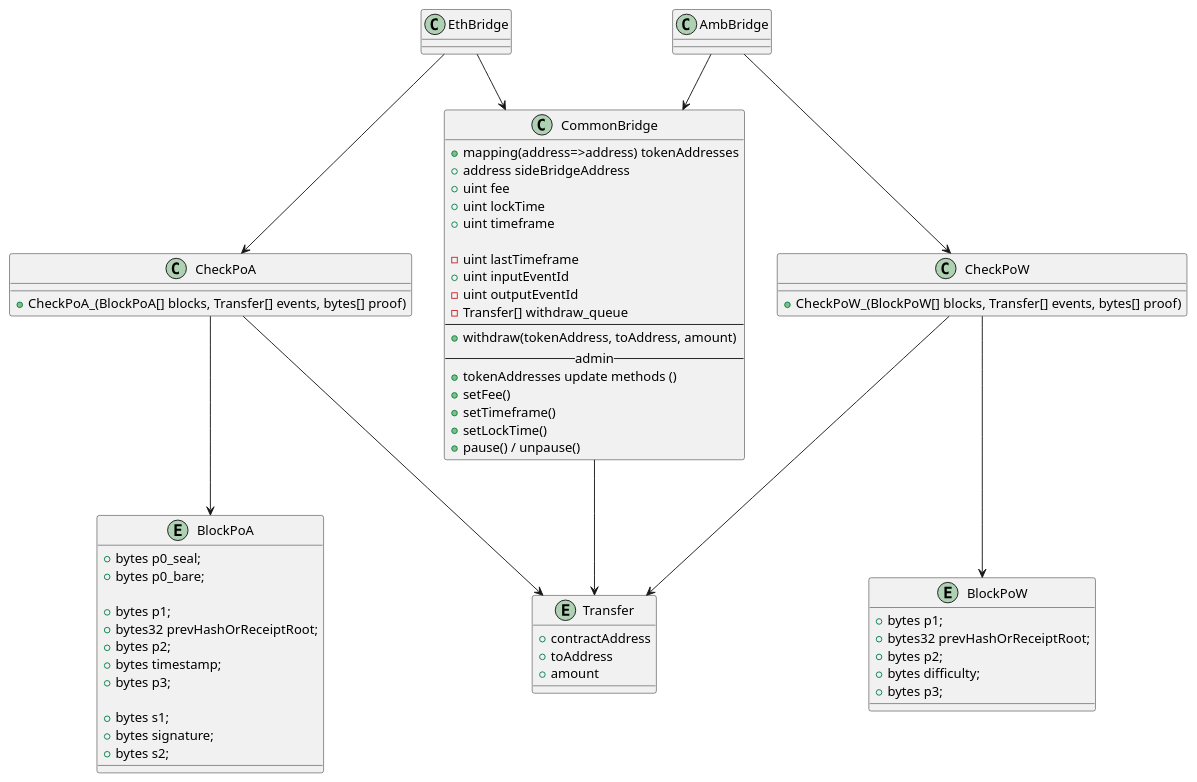
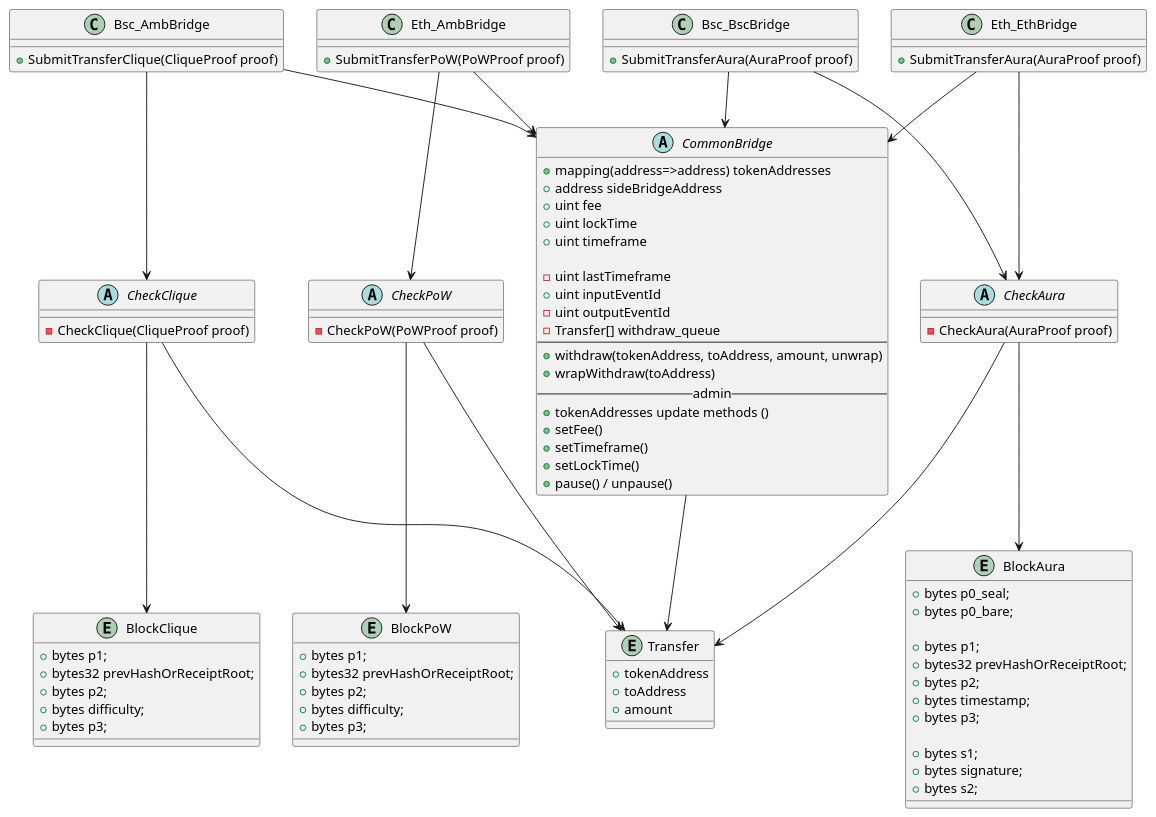
The diagram in docs/classes.puml (ambrosus/ambrosus-bridge), drawn with PlantUML before and after one commit. The commit also changed 4 other files, not shown here.

```diff
--- a/docs/classes.puml
+++ b/docs/classes.puml
@@ -1,88 +1,118 @@
 @startuml
 
 
-class EthBridge {
 
+class Bsc_AmbBridge {
+    +SubmitTransferClique(CliqueProof proof)
 }
-class AmbBridge {
+class Bsc_BscBridge {
+    +SubmitTransferAura(AuraProof proof)
+}
 
+class Eth_AmbBridge {
+    +SubmitTransferPoW(PoWProof proof)
+}
+class Eth_EthBridge {
+    +SubmitTransferAura(AuraProof proof)
 }
 
 
-class CheckPoW {
-    +CheckPoW_(BlockPoW[] blocks, Transfer[] events, bytes[] proof)
+abstract class CheckPoW {
+    -CheckPoW(PoWProof proof)
 }
 
-class CheckPoA {
-    +CheckPoA_(BlockPoA[] blocks, Transfer[] events, bytes[] proof)
+abstract class CheckAura {
+    -CheckAura(AuraProof proof)
+}
+
+abstract class CheckClique {
+    -CheckClique(CliqueProof proof)
 }
 
 
 entity BlockPoW {
     +bytes p1;
     +bytes32 prevHashOrReceiptRoot;
     +bytes p2;
     +bytes difficulty;
     +bytes p3;
 }
 
-entity BlockPoA {
+entity BlockClique {
+    +bytes p1;
+    +bytes32 prevHashOrReceiptRoot;
+    +bytes p2;
+    +bytes difficulty;
+    +bytes p3;
+}
+
+entity BlockAura {
     +bytes p0_seal;
     +bytes p0_bare;
 
     +bytes p1;
     +bytes32 prevHashOrReceiptRoot;
     +bytes p2;
     +bytes timestamp;
     +bytes p3;
 
     +bytes s1;
     +bytes signature;
     +bytes s2;
 }
 
 
 
-class CommonBridge {
+abstract class CommonBridge {
     +mapping(address=>address) tokenAddresses
     +address sideBridgeAddress
     +uint fee
     +uint lockTime
     +uint timeframe
 
     -uint lastTimeframe
     +uint inputEventId
     -uint outputEventId
     -Transfer[] withdraw_queue
     --
-    +withdraw(tokenAddress, toAddress, amount)
+    +withdraw(tokenAddress, toAddress, amount, unwrap)
+    +wrapWithdraw(toAddress)
     --admin--
     +tokenAddresses update methods ()
     +setFee()
     +setTimeframe()
     +setLockTime()
     +pause() / unpause()
 }
 
 
 entity Transfer {
-    +contractAddress
+    +tokenAddress
     +toAddress
     +amount
 }
 
 
-AmbBridge --> CheckPoW
-EthBridge --> CheckPoA
+Eth_AmbBridge --> CheckPoW
+Eth_EthBridge --> CheckAura
+
+Bsc_BscBridge --> CheckAura
+Bsc_AmbBridge --> CheckClique
 
 CheckPoW --> BlockPoW
-CheckPoA --> BlockPoA
+CheckClique --> BlockClique
+CheckAura --> BlockAura
+
 CheckPoW --> Transfer
-CheckPoA --> Transfer
+CheckClique --> Transfer
+CheckAura --> Transfer
 
-AmbBridge --> CommonBridge
-EthBridge --> CommonBridge
+Eth_AmbBridge --> CommonBridge
+Eth_EthBridge --> CommonBridge
+Bsc_AmbBridge --> CommonBridge
+Bsc_BscBridge --> CommonBridge
+
 CommonBridge --> Transfer
 
 
 @enduml
```
